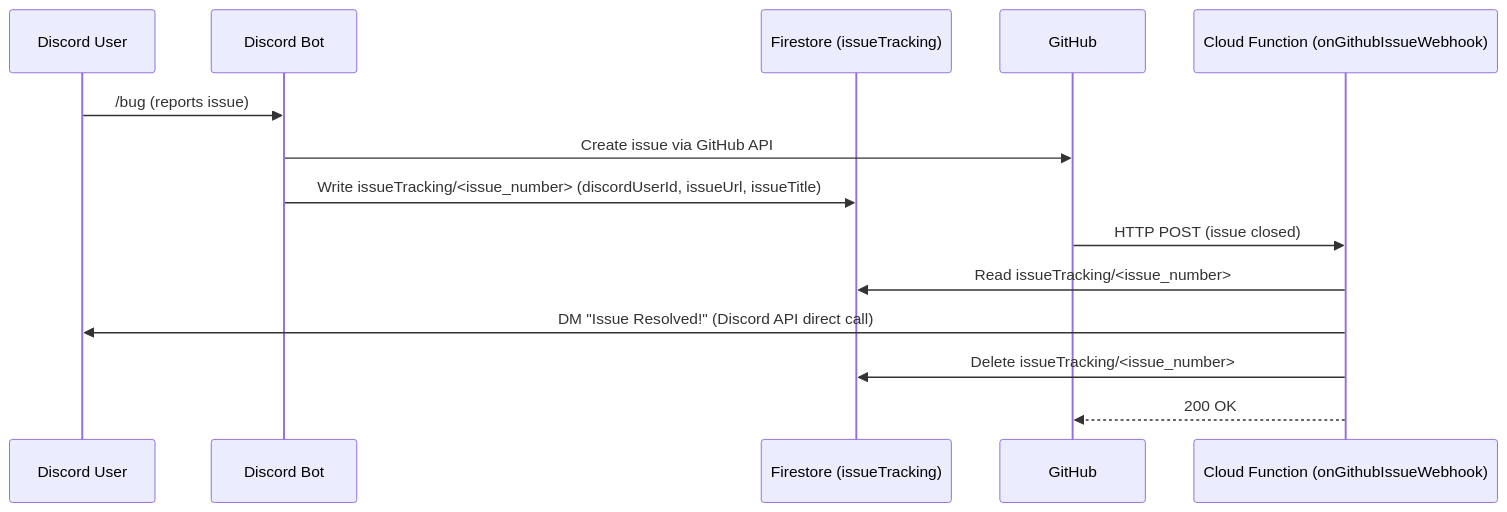
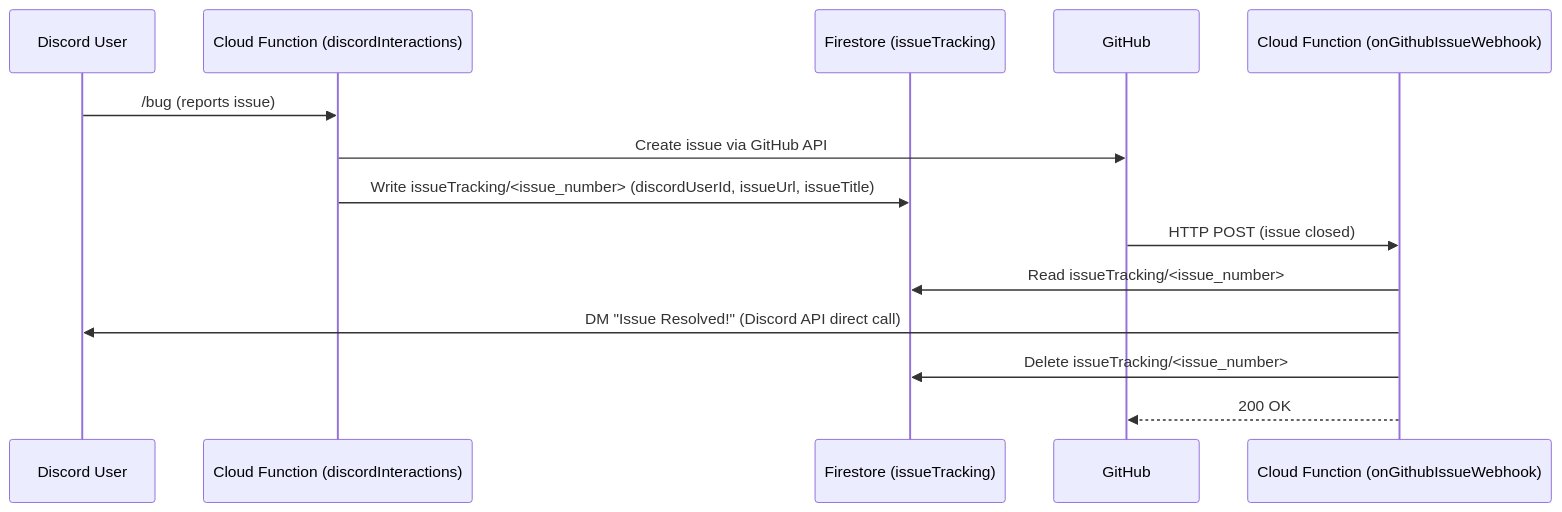
Before and after one commit to TytaniumDev/MythicPlusDiscordBot: the third of 5 diagrams in ARCHITECTURE.md, drawn with Mermaid. The commit also changed other lines of this file and 82 other files, not shown here.

````diff
--- a/ARCHITECTURE.md
+++ b/ARCHITECTURE.md
@@ -228,17 +205,17 @@
 ```mermaid
 sequenceDiagram
     participant User as Discord User
-    participant Bot as Discord Bot
+    participant Interactions as Cloud Function (discordInteractions)
     participant Firestore as Firestore (issueTracking)
     participant GitHub
     participant Webhook as Cloud Function (onGithubIssueWebhook)
 
-    User->>Bot: /bug (reports issue)
-    Bot->>GitHub: Create issue via GitHub API
-    Bot->>Firestore: Write issueTracking/<issue_number> (discordUserId, issueUrl, issueTitle)
+    User->>Interactions: /bug (reports issue)
+    Interactions->>GitHub: Create issue via GitHub API
+    Interactions->>Firestore: Write issueTracking/<issue_number> (discordUserId, issueUrl, issueTitle)
     GitHub->>Webhook: HTTP POST (issue closed)
     Webhook->>Firestore: Read issueTracking/<issue_number>
     Webhook->>User: DM "Issue Resolved!" (Discord API direct call)
     Webhook->>Firestore: Delete issueTracking/<issue_number>
     Webhook-->>GitHub: 200 OK
 ```
````
